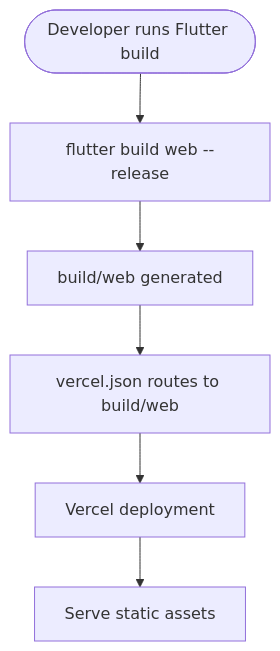
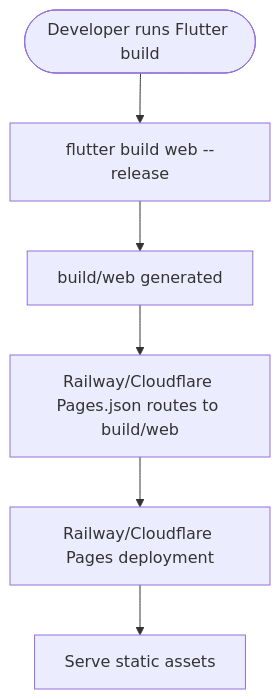
One commit to ARUNTHOMAS3/trans changed the third of 8 diagrams in repowiki/en/content/Deployment & DevOps/Deployment & DevOps.md. Above: the diagram before and after it, drawn with Mermaid. The commit also changed other lines of this file and 1490 other files, not shown here.

````diff
--- a/repowiki/en/content/Deployment & DevOps/Deployment & DevOps.md
+++ b/repowiki/en/content/Deployment & DevOps/Deployment & DevOps.md
@@ -160,8 +160,8 @@
 ```mermaid
 flowchart TD
 Start(["Developer runs Flutter build"]) --> BuildWeb["flutter build web --release"]
 BuildWeb --> Output["build/web generated"]
-Output --> VercelConfig["vercel.json routes to build/web"]
-VercelConfig --> Deploy["Vercel deployment"]
+Output --> CloudflarePagesConfig["Railway/Cloudflare Pages.json routes to build/web"]
+CloudflarePagesConfig --> Deploy["Railway/Cloudflare Pages deployment"]
 Deploy --> Serve["Serve static assets"]
 ```
````
